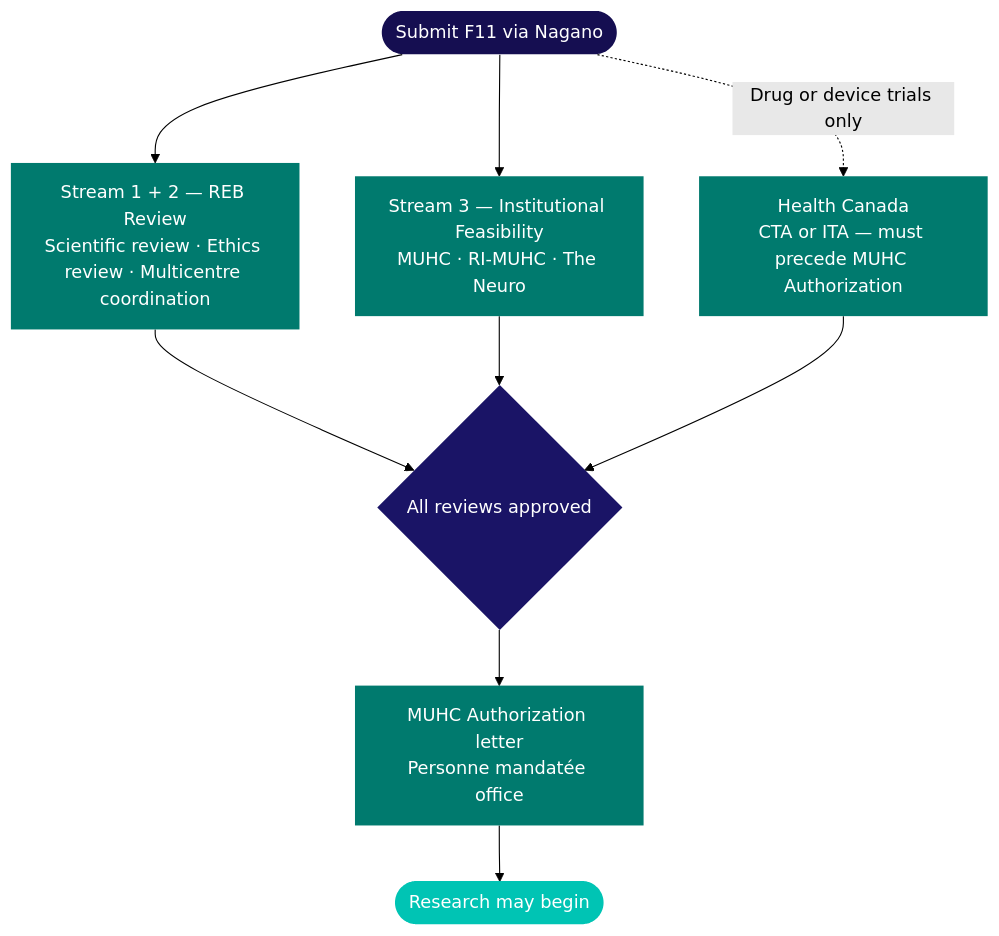
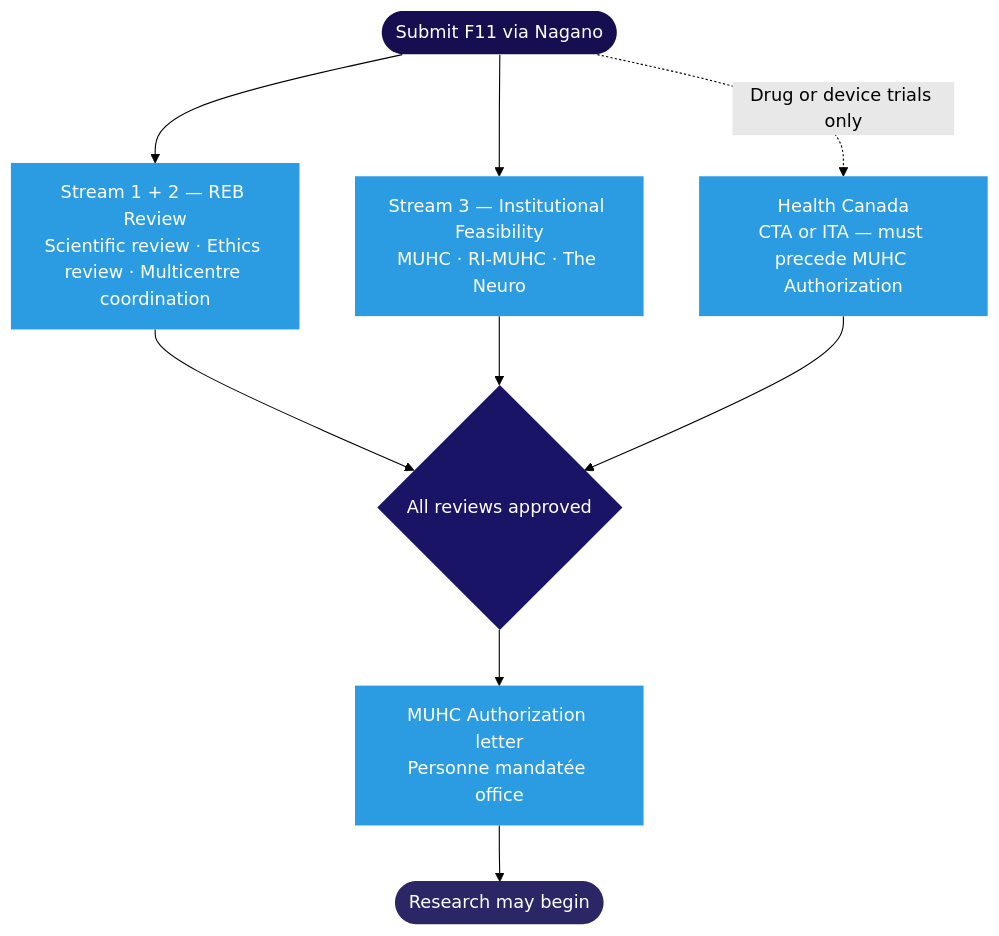
The first of 3 diagrams in kb/study-review.mdx (matthewfiorentino/docs), drawn with Mermaid (forest theme) before and after one commit. The commit also changed other lines of this file and 36 other files, not shown here.

````diff
--- a/kb/study-review.mdx
+++ b/kb/study-review.mdx
@@ -15,19 +15,19 @@
 ```mermaid
 flowchart TD
     A([Submit F11 via Nagano]) --> B & C
     B["Stream 1 + 2 — REB Review<br/>Scientific review · Ethics review · Multicentre coordination"]
     C["Stream 3 — Institutional Feasibility<br/>MUHC · RI-MUHC · The Neuro"]
     A -. Drug or device trials only .-> D["Health Canada<br/>CTA or ITA — must precede MUHC Authorization"]
     B & C --> E{All reviews approved}
     D --> E
     E --> F["MUHC Authorization letter<br/>Personne mandatée office"]
     F --> G([Research may begin])
 
     style A fill:#150e51,color:#fff,stroke:none
-    style B fill:#007a6e,color:#fff,stroke:none
-    style C fill:#007a6e,color:#fff,stroke:none
-    style D fill:#007a6e,color:#fff,stroke:none
+    style B fill:#2b9ce2,color:#fff,stroke:none
+    style C fill:#2b9ce2,color:#fff,stroke:none
+    style D fill:#2b9ce2,color:#fff,stroke:none
     style E fill:#1a1466,color:#fff,stroke:none
-    style F fill:#007a6e,color:#fff,stroke:none
-    style G fill:#00c4b4,color:#fff,stroke:none
+    style F fill:#2b9ce2,color:#fff,stroke:none
+    style G fill:#2b2666,color:#fff,stroke:none
 ```
````
